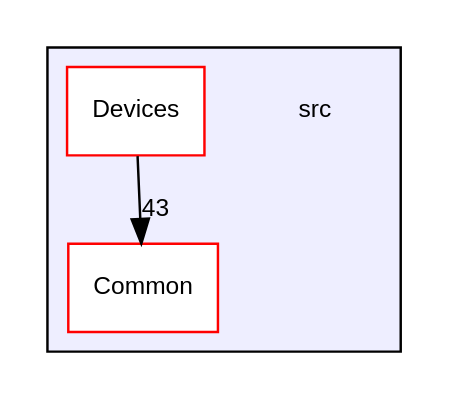
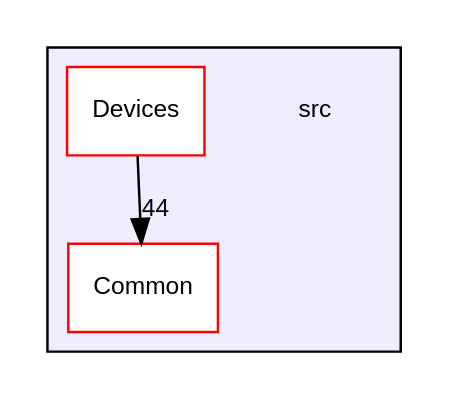
One commit to FPGA-Research-Manchester/byteman changed the diagram in dir_68267d1309a1af8e8297ef4c3efbcdba_dep.dot. Above: the diagram before and after it, drawn with Graphviz. The commit also changed 504 other files, not shown here.

```diff
--- a/dir_68267d1309a1af8e8297ef4c3efbcdba_dep.dot
+++ b/dir_68267d1309a1af8e8297ef4c3efbcdba_dep.dot
@@ -1,12 +1,12 @@
 digraph "src" {
   compound=true
   node [ fontsize="10", fontname="Helvetica"];
   edge [ labelfontsize="10", labelfontname="Helvetica"];
   subgraph clusterdir_68267d1309a1af8e8297ef4c3efbcdba {
     graph [ bgcolor="#eeeeff", pencolor="black", label="" URL="dir_68267d1309a1af8e8297ef4c3efbcdba.html"];
     dir_68267d1309a1af8e8297ef4c3efbcdba [shape=plaintext label="src"];
     dir_ba210d1fa67db7bee1bb22e0a3c11d9f [shape=box label="Common" color="red" fillcolor="white" style="filled" URL="dir_ba210d1fa67db7bee1bb22e0a3c11d9f.html"];
     dir_27b17494125eb78195473abe004504ab [shape=box label="Devices" color="red" fillcolor="white" style="filled" URL="dir_27b17494125eb78195473abe004504ab.html"];
   }
-  dir_27b17494125eb78195473abe004504ab->dir_ba210d1fa67db7bee1bb22e0a3c11d9f [headlabel="43", labeldistance=1.5 headhref="dir_000003_000001.html"];
+  dir_27b17494125eb78195473abe004504ab->dir_ba210d1fa67db7bee1bb22e0a3c11d9f [headlabel="44", labeldistance=1.5 headhref="dir_000003_000001.html"];
 }
```
